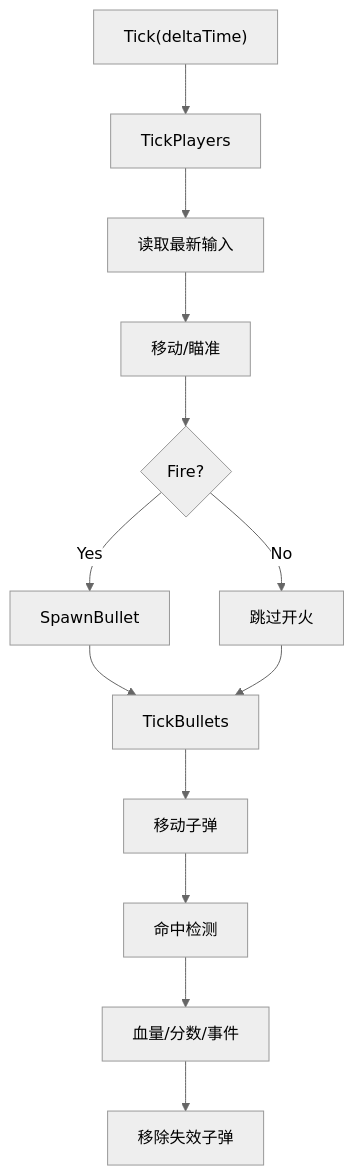
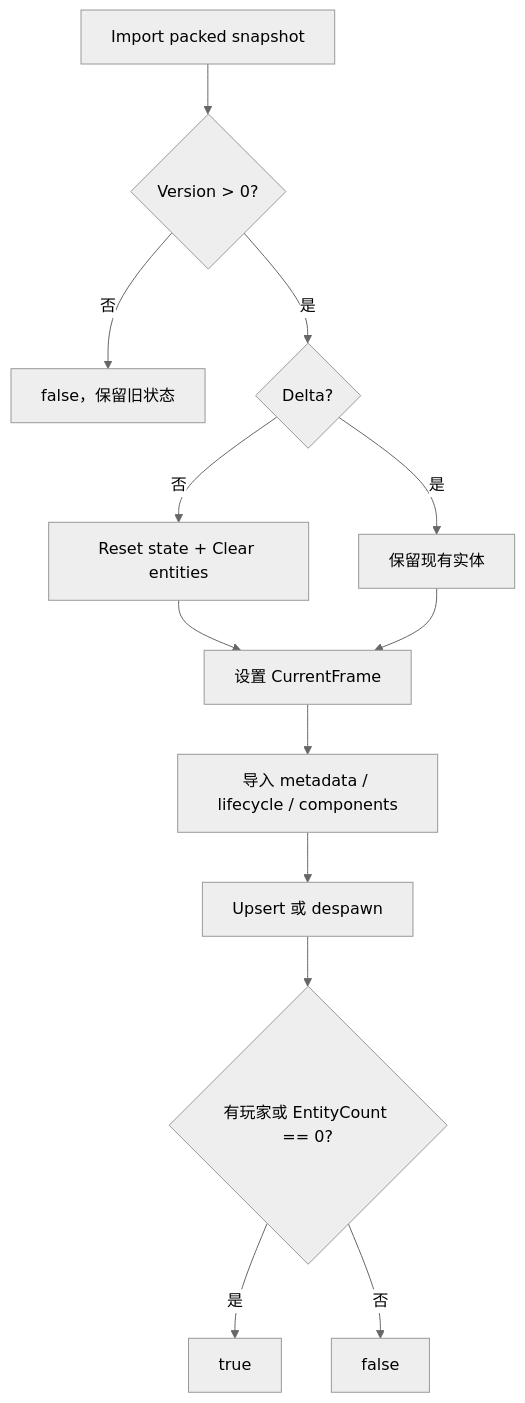
Before and after one commit to Kurumioi/AbilityKit: the sixth of 6 diagrams in Docs/design/09-ImplementationExamples/Shooter/01-RuntimeSveltoSimulation.md, drawn with Mermaid (neutral theme). The commit also changed other lines of this file and 118 other files, not shown here.

````diff
--- a/Docs/design/09-ImplementationExamples/Shooter/01-RuntimeSveltoSimulation.md
+++ b/Docs/design/09-ImplementationExamples/Shooter/01-RuntimeSveltoSimulation.md
@@ -137,15 +190,15 @@
 ```mermaid
 flowchart TD
-    A["Tick(deltaTime)"] --> B["TickPlayers"]
-    B --> C["读取最新输入"]
-    C --> D["移动/瞄准"]
-    D --> E{Fire?}
-    E -->|Yes| F["SpawnBullet"]
-    E -->|No| G["跳过开火"]
-    F --> H["TickBullets"]
-    G --> H
-    H --> I["移动子弹"]
-    I --> J["命中检测"]
-    J --> K["血量/分数/事件"]
-    K --> L["移除失效子弹"]
+    A["Import packed snapshot"] --> B{"Version > 0?"}
+    B -->|否| C["false，保留旧状态"]
+    B -->|是| D{"Delta?"}
+    D -->|否| E["Reset state + Clear entities"]
+    D -->|是| F["保留现有实体"]
+    E --> G["设置 CurrentFrame"]
+    F --> G
+    G --> H["导入 metadata / lifecycle / components"]
+    H --> I["Upsert 或 despawn"]
+    I --> J{"有玩家或 EntityCount == 0?"}
+    J -->|是| K["true"]
+    J -->|否| L["false"]
 ```
````
